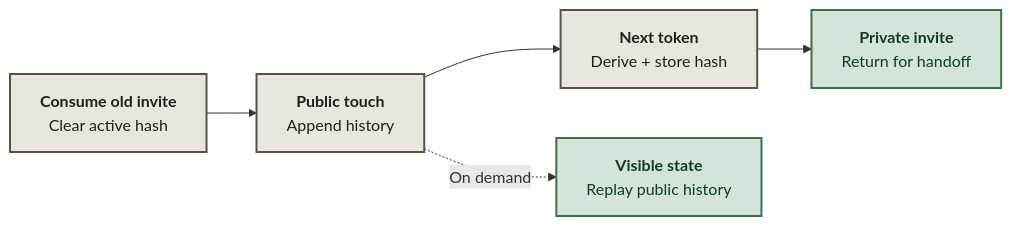
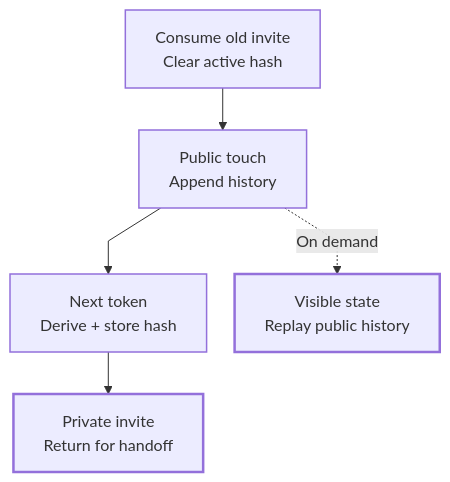
One commit to Niyam-Paneru/relic-zero changed the second of 2 diagrams in README.md. Above: the diagram before and after it, drawn with Mermaid. The commit also changed other lines of this file, not shown here.

Commit message:
Improve Mermaid layout and light-dark theme readability

````diff
--- a/README.md
+++ b/README.md
@@ -34,11 +43,20 @@
 ```mermaid
-flowchart LR
-    E["<b>Consume old invite</b><br/>Clear active hash"] --> F["<b>Public touch</b><br/>Append history"]
-    F --> G["<b>Next token</b><br/>Derive + store hash"]
-    G --> I["<b>Private invite</b><br/>Return for handoff"]
-    F -. On demand .-> J["<b>Visible state</b><br/>Replay public history"]
-    classDef input fill:#e8e6df,stroke:#55534a,color:#20201d,stroke-width:2px;
-    classDef pass fill:#d2e5d8,stroke:#38734d,color:#183923,stroke-width:2px;
+---
+config:
+  flowchart:
+    curve: linear
+    nodeSpacing: 28
+    rankSpacing: 42
+---
+flowchart TB
+    accTitle: Advancement: consume before issuing the next invite
+    accDescr: Decision flow for advancement: consume before issuing the next invite.
+    E["Consume old invite<br/>Clear active hash"] --> F["Public touch<br/>Append history"]
+    F --> G["Next token<br/>Derive + store hash"]
+    G --> I["Private invite<br/>Return for handoff"]
+    F -. On demand .-> J["Visible state<br/>Replay public history"]
+    classDef input stroke-width:1.5px;
+    classDef pass stroke-width:2.5px;
     class E,F,G input;
     class I,J pass;
 ```
````
